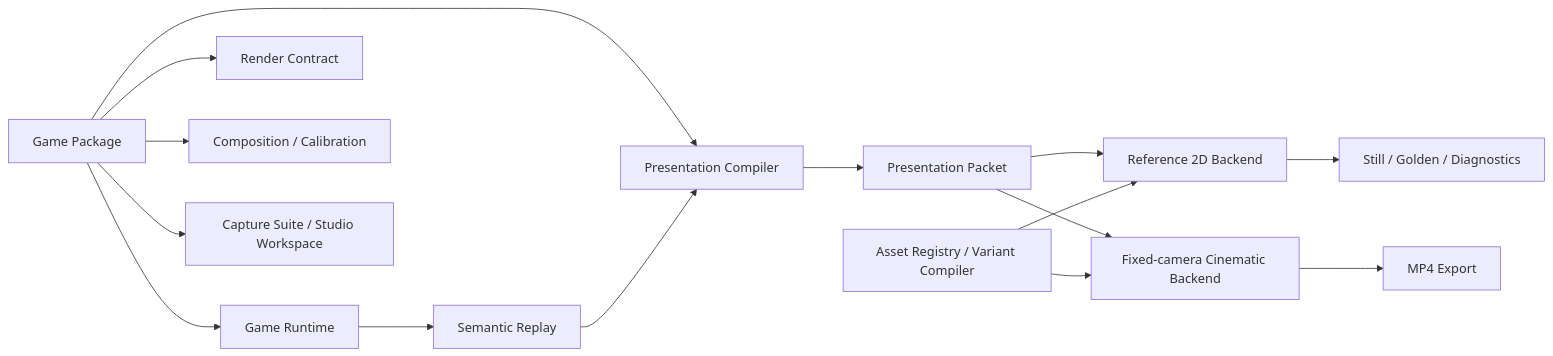
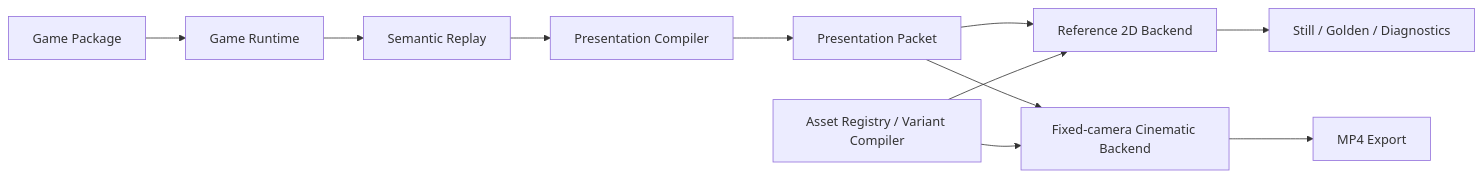
The diagram in README.md (dongyuan21/melo-game-creative-studio), drawn with Mermaid before and after one commit. The commit also changed other lines of this file, not shown here.

````diff
--- a/README.md
+++ b/README.md
@@ -107,19 +92,13 @@
 ```mermaid
 flowchart LR
     A[Game Package] --> B[Game Runtime]
-    A --> C[Presentation Compiler]
-    A --> D[Render Contract]
-    A --> E[Composition / Calibration]
-    A --> F[Capture Suite / Studio Workspace]
-
     B --> G[Semantic Replay]
-    G --> C
+    G --> C[Presentation Compiler]
     C --> H[Presentation Packet]
     H --> I[Reference 2D Backend]
     H --> J[Fixed-camera Cinematic Backend]
-
     K[Asset Registry / Variant Compiler] --> I
     K --> J
     I --> L[Still / Golden / Diagnostics]
     J --> M[MP4 Export]
 ```
````
